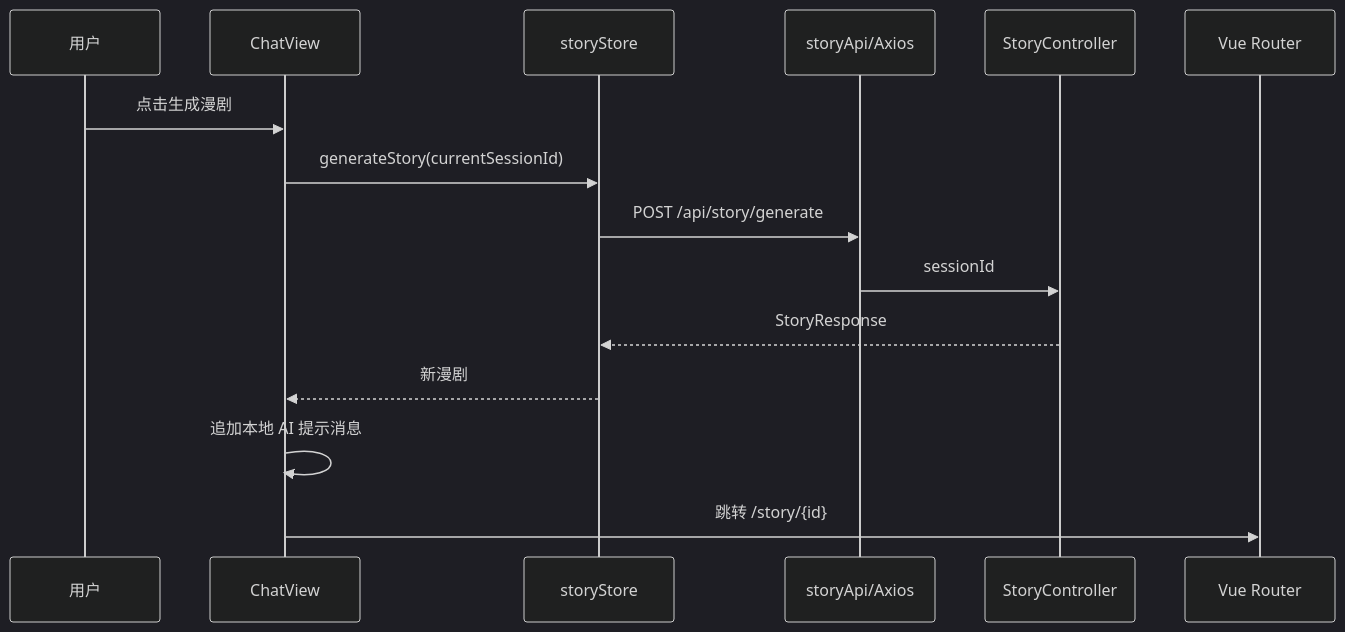
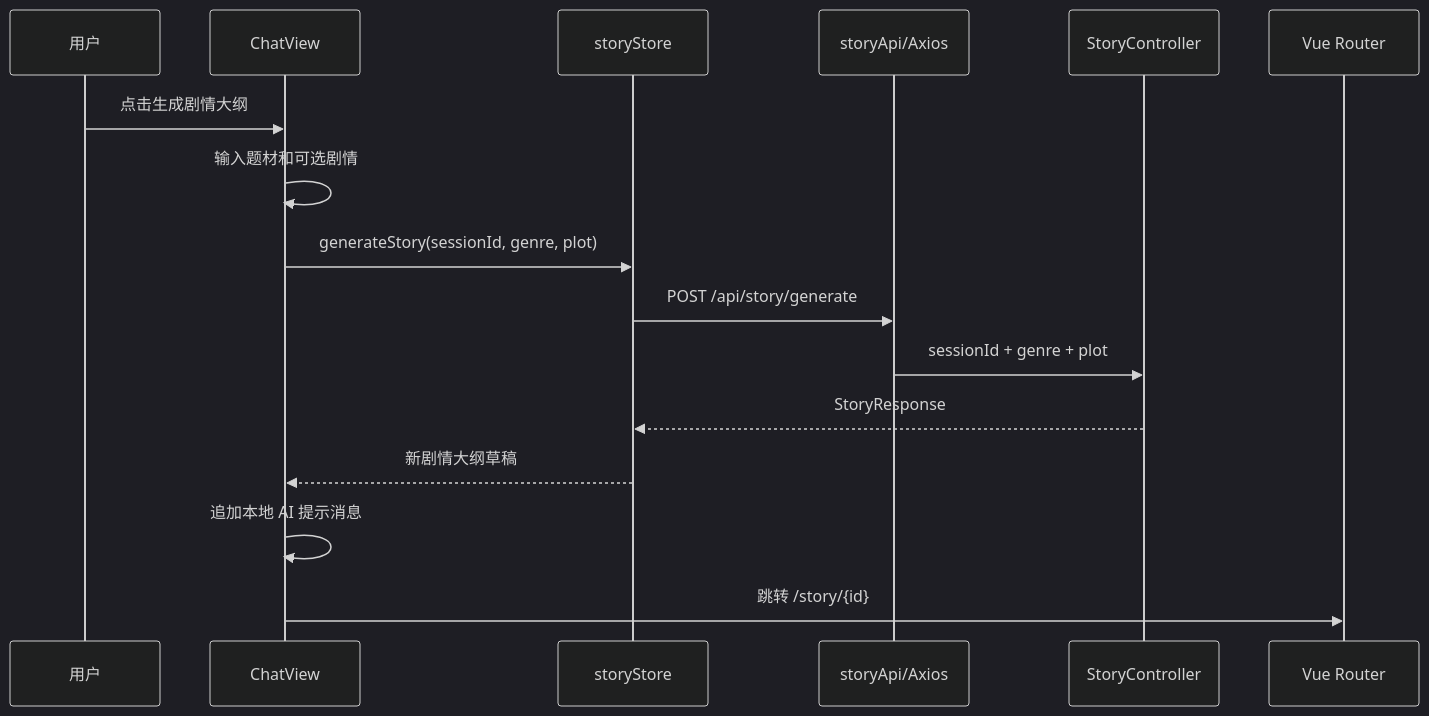
Diagram 16 of 18 in architecture.md (zhy13339561489-crypto/aisay), drawn with Mermaid (dark theme) before and after one commit. The commit also changed other lines of this file and 21 other files, not shown here.

````diff
--- a/architecture.md
+++ b/architecture.md
@@ -711,18 +711,19 @@
 ```mermaid
 sequenceDiagram
     participant User as 用户
     participant Chat as ChatView
     participant Store as storyStore
     participant Api as storyApi/Axios
     participant Backend as StoryController
     participant Router as Vue Router
 
-    User->>Chat: 点击生成漫剧
-    Chat->>Store: generateStory(currentSessionId)
+    User->>Chat: 点击生成剧情大纲
+    Chat->>Chat: 输入题材和可选剧情
+    Chat->>Store: generateStory(sessionId, genre, plot)
     Store->>Api: POST /api/story/generate
-    Api->>Backend: sessionId
+    Api->>Backend: sessionId + genre + plot
     Backend-->>Store: StoryResponse
-    Store-->>Chat: 新漫剧
+    Store-->>Chat: 新剧情大纲草稿
     Chat->>Chat: 追加本地 AI 提示消息
     Chat->>Router: 跳转 /story/{id}
 ```
````
